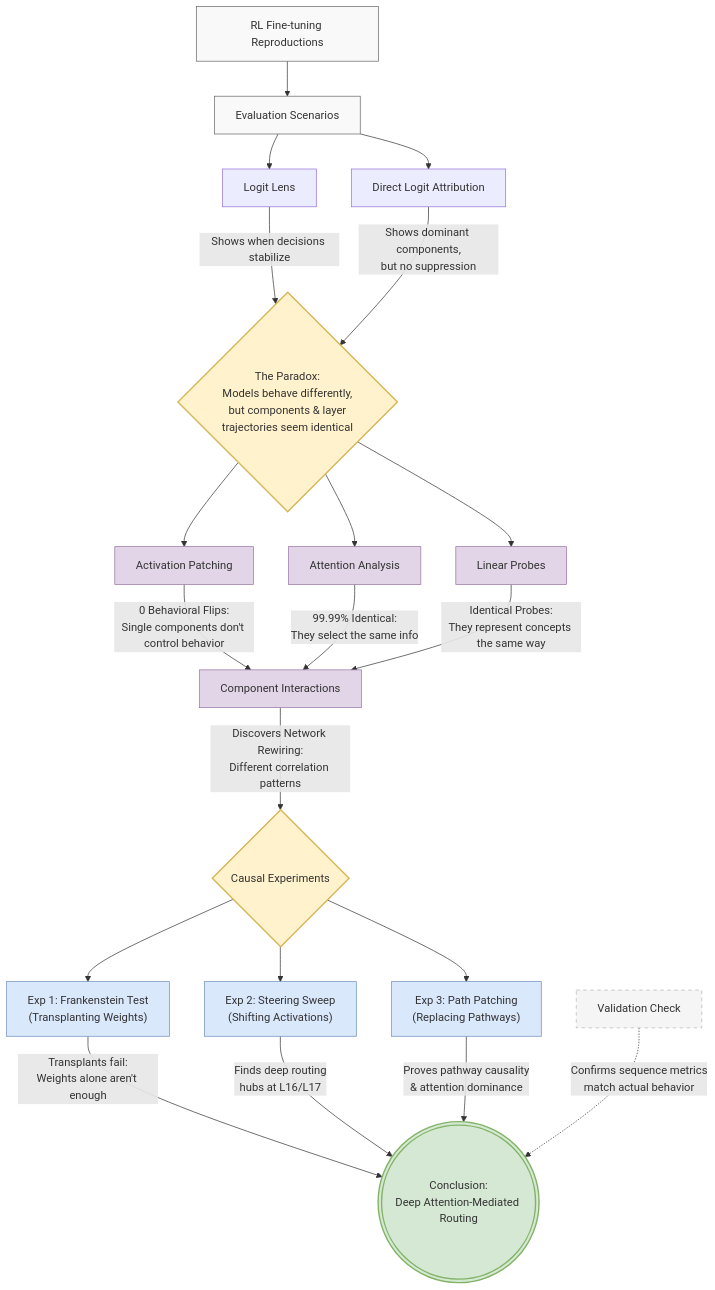
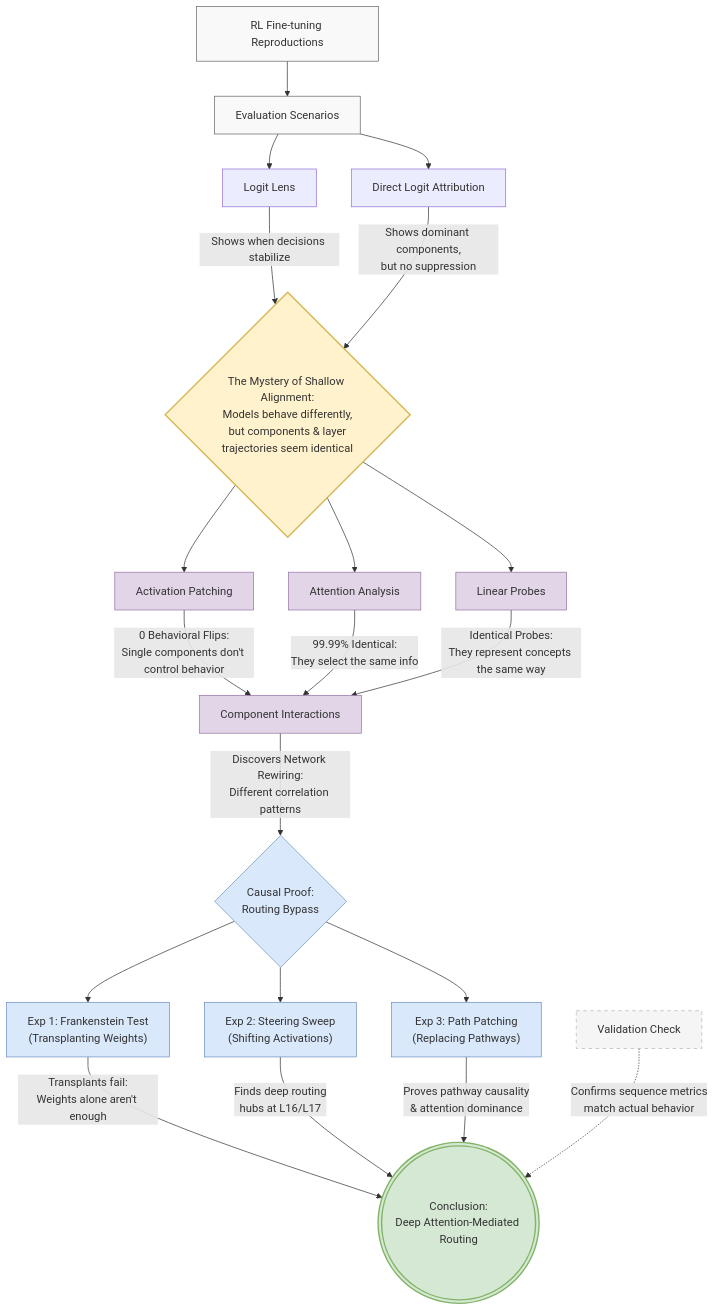
One commit to tylercrosse/LLM_morality changed the fourth of 4 diagrams in WRITE_UP.md. Above: the diagram before and after it, drawn with Mermaid. The commit also changed other lines of this file, not shown here.

Commit message:
Reframe paradox as mystery

````diff
--- a/WRITE_UP.md
+++ b/WRITE_UP.md
@@ -861,59 +864,59 @@
 ```mermaid
 graph TD
     classDef setup fill:#f9f9f9,stroke:#666,stroke-width:1px;
-    classDef paradox fill:#fff2cc,stroke:#d6b656,stroke-width:2px;
+    classDef feature fill:#fff2cc,stroke:#d6b656,stroke-width:2px;
     classDef test fill:#e1d5e7,stroke:#9673a6,stroke-width:1px;
     classDef causal fill:#dae8fc,stroke:#6c8ebf,stroke-width:1px;
     classDef conclusion fill:#d5e8d4,stroke:#82b366,stroke-width:2px;
     classDef validation fill:#f5f5f5,stroke:#b3b3b3,stroke-width:1px,stroke-dasharray: 5 5;
 
     %% Base Setup
     FT[RL Fine-tuning Reproductions] --> Eval[Evaluation Scenarios]
     Eval --> LL[Logit Lens]
     Eval --> DLA[Direct Logit Attribution]
 
     class FT,Eval setup;
 
-    %% The Paradox
-    LL -- Shows when decisions stabilize --> Paradox{The Paradox:<br>Models behave differently,<br>but components & layer<br>trajectories seem identical}
-    DLA -- Shows dominant components,<br>but no suppression --> Paradox
+    %% The Mystery
+    LL -- Shows when decisions stabilize --> Mystery{The Mystery of Shallow Alignment:<br>Models behave differently,<br>but components & layer<br>trajectories seem identical}
+    DLA -- Shows dominant components,<br>but no suppression --> Mystery
 
-    class Paradox paradox;
+    class Mystery feature;
 
     %% Hypothesis Testing
-    Paradox --> AP[Activation Patching]
-    Paradox --> Attn[Attention Analysis]
-    Paradox --> Probes[Linear Probes]
+    Mystery --> AP[Activation Patching]
+    Mystery --> Attn[Attention Analysis]
+    Mystery --> Probes[Linear Probes]
 
     class AP,Attn,Probes test;
 
     %% Null Results -> New Hypothesis
     AP -- "0 Behavioral Flips:<br>Single components don't control behavior" --> Interact[Component Interactions]
     Attn -- "99.99% Identical:<br>They select the same info" --> Interact
     Probes -- "Identical Probes:<br>They represent concepts the same way" --> Interact
 
     class Interact test;
 
     %% The Breakthrough
-    Interact -- "Discovers Network Rewiring:<br>Different correlation patterns" --> Causal{Causal Experiments}
+    Interact -- "Discovers Network Rewiring:<br>Different correlation patterns" --> Causal{Causal Proof:<br>Routing Bypass}
 
-    class Causal paradox;
+    class Causal causal;
 
     %% Testing the Mechanism
     Causal --> Exp1["Exp 1: Frankenstein Test<br>(Transplanting Weights)"]
     Causal --> Exp2["Exp 2: Steering Sweep<br>(Shifting Activations)"]
     Causal --> Exp3["Exp 3: Path Patching<br>(Replacing Pathways)"]
 
     class Exp1,Exp2,Exp3 causal;
 
     %% Final Conclusions
     Exp1 -- Transplants fail:<br>Weights alone aren't enough --> Conclusion(((Conclusion:<br>Deep Attention-Mediated Routing)))
     Exp2 -- Finds deep routing<br>hubs at L16/L17 --> Conclusion
     Exp3 -- Proves pathway causality<br>& attention dominance --> Conclusion
 
     %% Validation
     Val[Validation Check] -. Confirms sequence metrics<br>match actual behavior .-> Conclusion
 
     class Conclusion conclusion;
     class Val validation;
 ```
````
